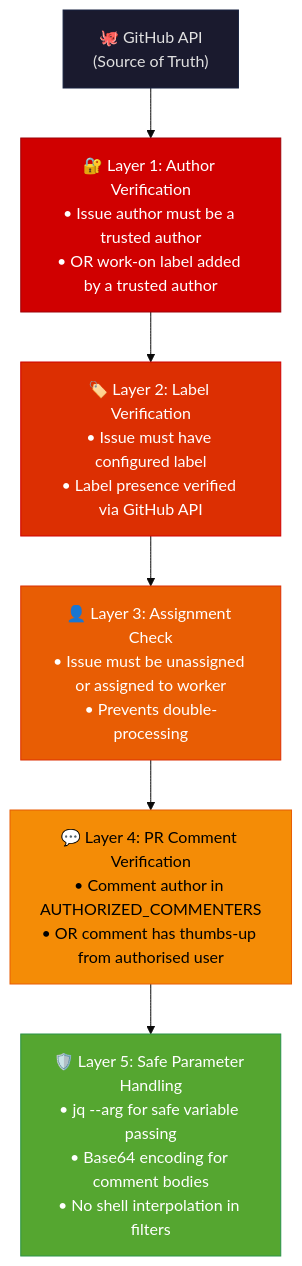
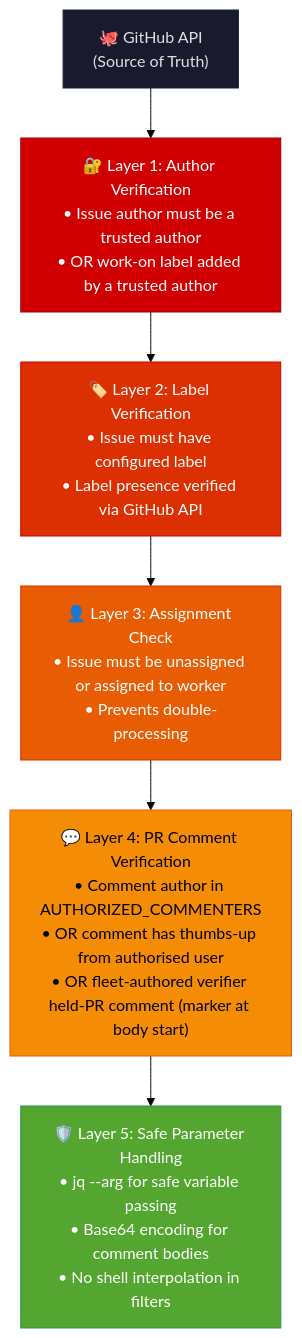
Before and after one commit to stSoftwareAU/VibeCoder: the first of 12 diagrams in SECURITY.md, drawn with Mermaid (base theme). The commit also changed 9 other files, not shown here.

````diff
--- a/SECURITY.md
+++ b/SECURITY.md
@@ -63,18 +63,18 @@
 ```mermaid
 flowchart TD
     API["🐙 GitHub API\n(Source of Truth)"]
     L1["🔐 Layer 1: Author Verification\n• Issue author must be a trusted author\n• OR work-on label added by a trusted author"]
     L2["🏷️ Layer 2: Label Verification\n• Issue must have configured label\n• Label presence verified via GitHub API"]
     L3["👤 Layer 3: Assignment Check\n• Issue must be unassigned or assigned to worker\n• Prevents double-processing"]
-    L4["💬 Layer 4: PR Comment Verification\n• Comment author in AUTHORIZED_COMMENTERS\n• OR comment has thumbs-up from authorised user"]
+    L4["💬 Layer 4: PR Comment Verification\n• Comment author in AUTHORIZED_COMMENTERS\n• OR comment has thumbs-up from authorised user\n• OR fleet-authored verifier held-PR comment (marker at body start)"]
     L5["🛡️ Layer 5: Safe Parameter Handling\n• jq --arg for safe variable passing\n• Base64 encoding for comment bodies\n• No shell interpolation in filters"]
 
     API --> L1 --> L2 --> L3 --> L4 --> L5
 
     style API fill:#1a1a2e,stroke:#16213e,color:#e0e0e0
     style L1 fill:#d00000,stroke:#9d0208,color:#fff
     style L2 fill:#dc2f02,stroke:#d00000,color:#fff
     style L3 fill:#e85d04,stroke:#dc2f02,color:#fff
     style L4 fill:#f48c06,stroke:#e85d04,color:#000
     style L5 fill:#55a630,stroke:#2b9348,color:#fff
 ```
````
